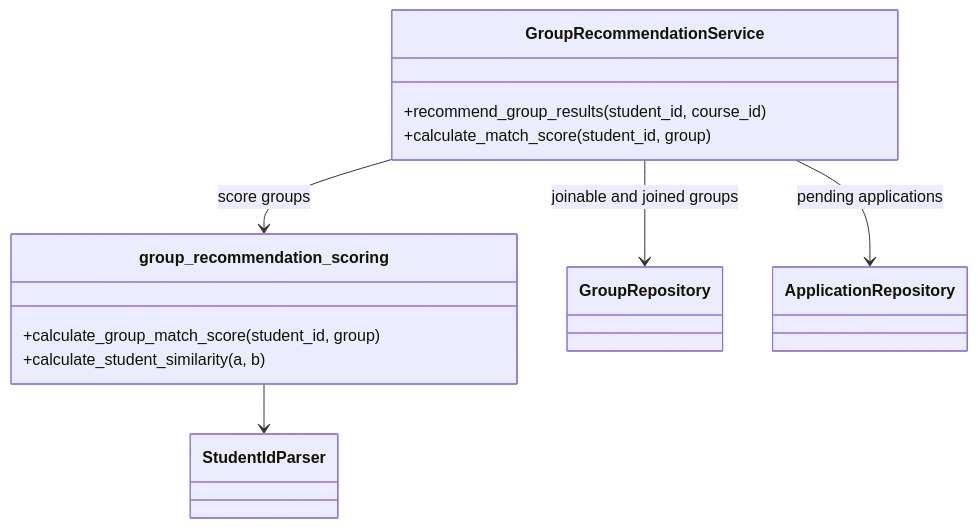
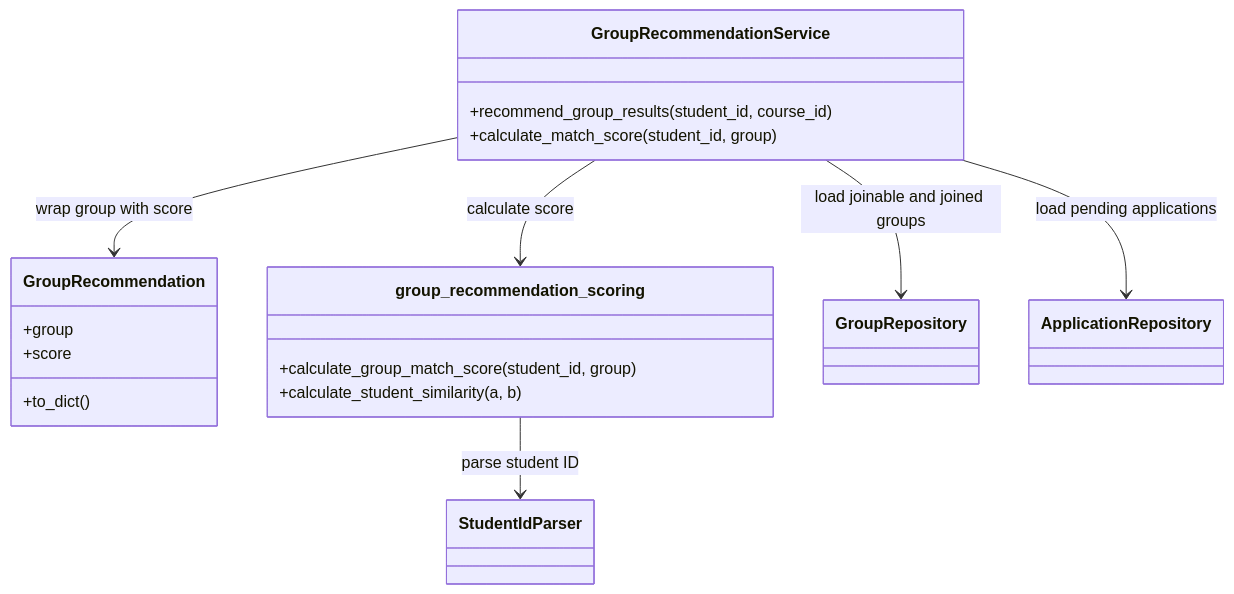
One commit to PhoebeLu1011/CourseReviewSystem changed the first of 2 diagrams in backend/docs/recommendation_algorithm.md. Above: the diagram before and after it, drawn with Mermaid. The commit also changed other lines of this file, not shown here.

First line of the commit message:
Update group recommendation algorithm documentation

````diff
--- a/backend/docs/recommendation_algorithm.md
+++ b/backend/docs/recommendation_algorithm.md
@@ -11,19 +38,28 @@
 ```mermaid
 classDiagram
     class GroupRecommendationService {
         +recommend_group_results(student_id, course_id)
         +calculate_match_score(student_id, group)
     }
+
+    class GroupRecommendation {
+        +group
+        +score
+        +to_dict()
+    }
+
     class group_recommendation_scoring {
         +calculate_group_match_score(student_id, group)
         +calculate_student_similarity(a, b)
     }
-    class StudentIdParser
+
     class GroupRepository
     class ApplicationRepository
+    class StudentIdParser
 
-    GroupRecommendationService --> GroupRepository : joinable and joined groups
-    GroupRecommendationService --> ApplicationRepository : pending applications
-    GroupRecommendationService --> group_recommendation_scoring : score groups
-    group_recommendation_scoring --> StudentIdParser
+    GroupRecommendationService --> GroupRepository : load joinable and joined groups
+    GroupRecommendationService --> ApplicationRepository : load pending applications
+    GroupRecommendationService --> GroupRecommendation : wrap group with score
+    GroupRecommendationService --> group_recommendation_scoring : calculate score
+    group_recommendation_scoring --> StudentIdParser : parse student ID
 ```
````
